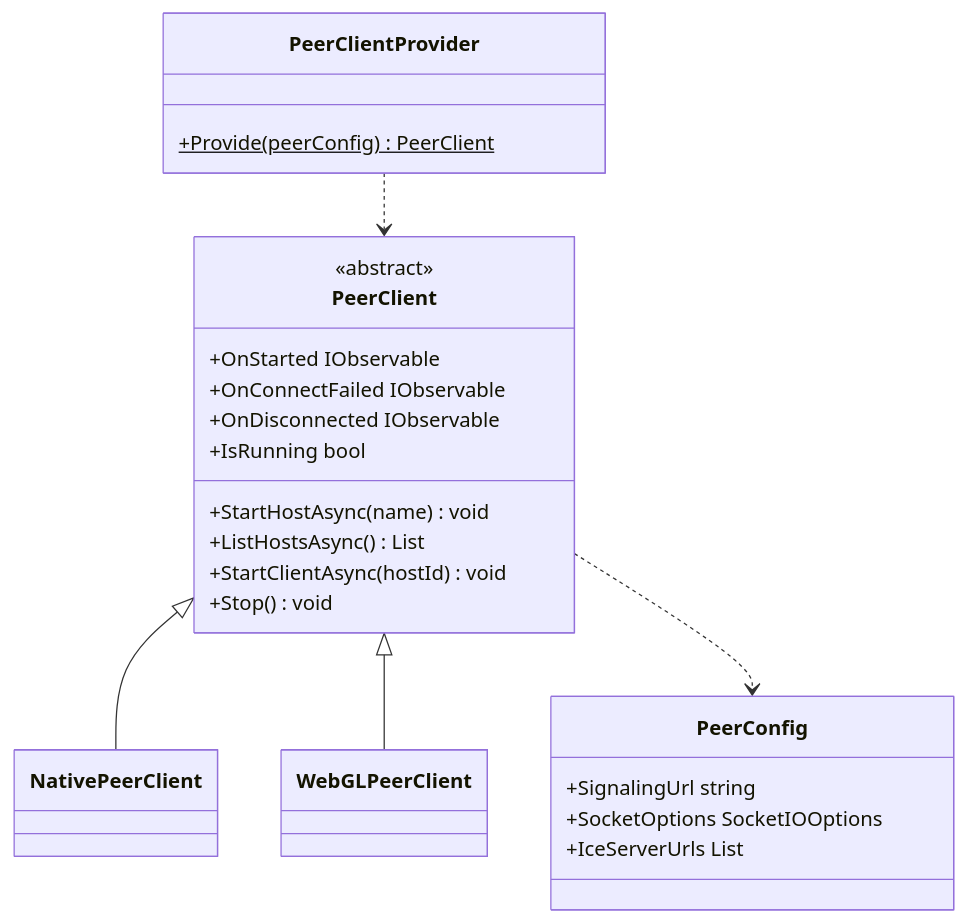
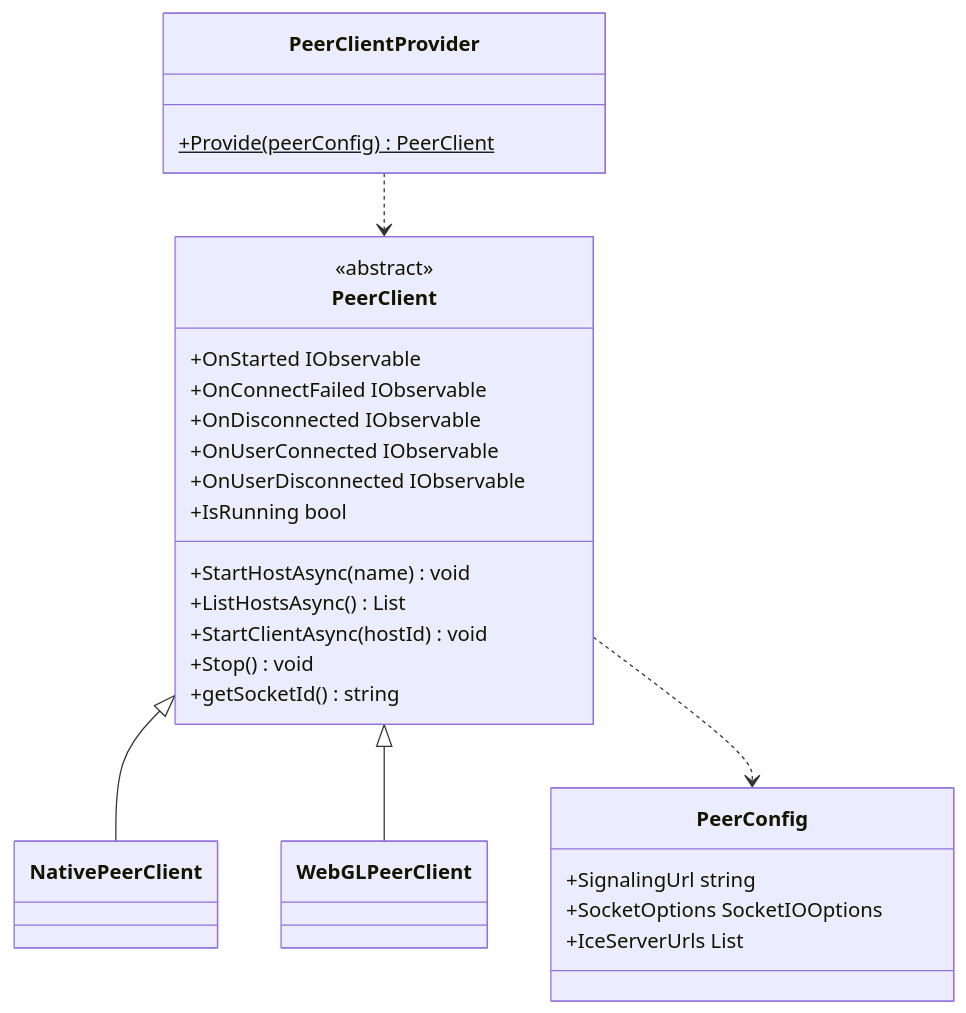
One commit to extreal-dev/Extreal.Guide changed the first of 3 diagrams in i18n/en/docusaurus-plugin-content-docs/current/integration/p2p.webrtc.md. Above: the diagram before and after it, drawn with Mermaid. The commit also changed other lines of this file and 3 other files, not shown here.

````diff
--- a/i18n/en/docusaurus-plugin-content-docs/current/integration/p2p.webrtc.md
+++ b/i18n/en/docusaurus-plugin-content-docs/current/integration/p2p.webrtc.md
@@ -27,36 +27,39 @@
 ```mermaid
 classDiagram
 
     PeerClientProvider ..> PeerClient
     PeerClient <|-- NativePeerClient
     PeerClient <|-- WebGLPeerClient
     PeerClient ..> PeerConfig
 
     class PeerClientProvider {
         +Provide(peerConfig)$ PeerClient
     }
     
     class PeerClient {
         <<abstract>>
         +OnStarted IObservable
         +OnConnectFailed IObservable
         +OnDisconnected IObservable
+        +OnUserConnected IObservable
+        +OnUserDisconnected IObservable
         +IsRunning bool
         +StartHostAsync(name) void
         +ListHostsAsync() List
         +StartClientAsync(hostId) void
         +Stop() void
+        +getSocketId() string
     }
     
     class PeerConfig {
         +SignalingUrl string
         +SocketOptions SocketIOOptions
         +IceServerUrls List
     }
 
     class NativePeerClient {
     }
     
     class WebGLPeerClient {
     }
 ```
````
